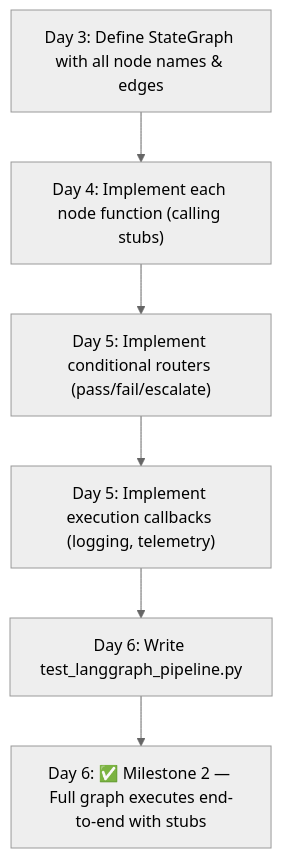
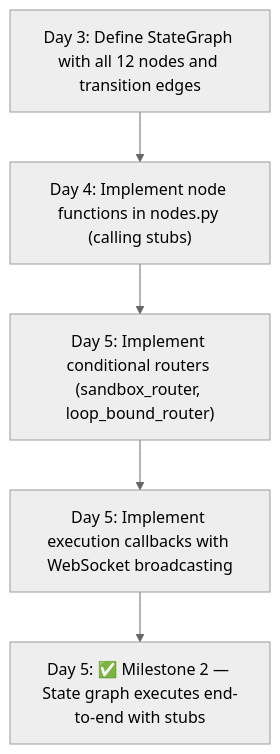
The second of 7 diagrams in MEMBER_2_TASKS.md (abhisheksharma56692-stack/PatchForge-AI), drawn with Mermaid (neutral theme) before and after one commit. The commit also changed other lines of this file and 4 other files, not shown here.

````diff
--- a/MEMBER_2_TASKS.md
+++ b/MEMBER_2_TASKS.md
@@ -284,8 +236,7 @@
 ```mermaid
 flowchart TD
-    A["Day 3: Define StateGraph with all node names & edges"] --> B["Day 4: Implement each node function (calling stubs)"]
-    B --> C["Day 5: Implement conditional routers (pass/fail/escalate)"]
-    C --> D["Day 5: Implement execution callbacks (logging, telemetry)"]
-    D --> E["Day 6: Write test_langgraph_pipeline.py"]
-    E --> F["Day 6: ✅ Milestone 2 — Full graph executes end-to-end with stubs"]
+    A["Day 3: Define StateGraph with all 12 nodes and transition edges"] --> B["Day 4: Implement node functions in nodes.py (calling stubs)"]
+    B --> C["Day 5: Implement conditional routers (sandbox_router, loop_bound_router)"]
+    C --> D["Day 5: Implement execution callbacks with WebSocket broadcasting"]
+    D --> E["Day 5: ✅ Milestone 2 — State graph executes end-to-end with stubs"]
 ```
````
